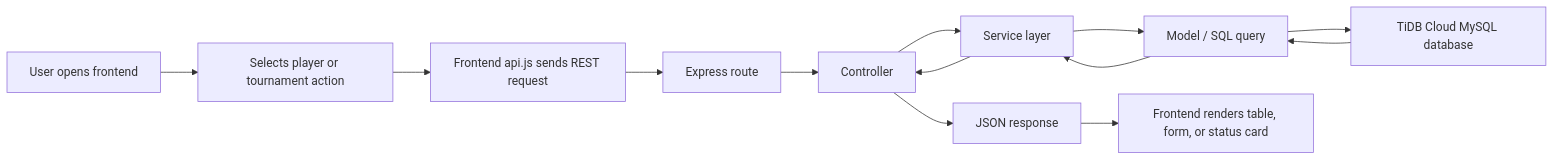
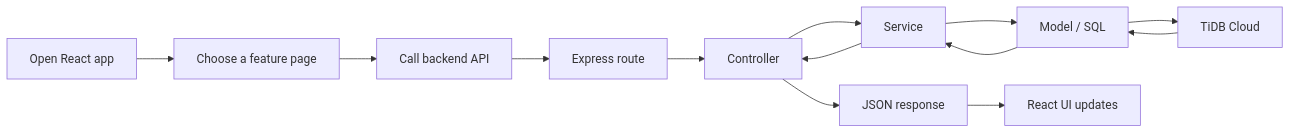
One commit to RithvikAavula/Tournament-System changed the first of 2 diagrams in Tournament-System/README.md. Above: the diagram before and after it, drawn with Mermaid. The commit also changed other lines of this file and 2359 other files, not shown here.

````diff
--- a/Tournament-System/README.md
+++ b/Tournament-System/README.md
@@ -50,15 +30,15 @@
 ```mermaid
 flowchart LR
-	A[User opens frontend] --> B[Selects player or tournament action]
-	B --> C[Frontend api.js sends REST request]
-	C --> D[Express route]
-	D --> E[Controller]
-	E --> F[Service layer]
-	F --> G[Model / SQL query]
-	G --> H[TiDB Cloud MySQL database]
-	H --> G
-	G --> F
-	F --> E
-	E --> I[JSON response]
-	I --> J[Frontend renders table, form, or status card]
+  A[Open React app] --> B[Choose a feature page]
+  B --> C[Call backend API]
+  C --> D[Express route]
+  D --> E[Controller]
+  E --> F[Service]
+  F --> G[Model / SQL]
+  G --> H[TiDB Cloud]
+  H --> G
+  G --> F
+  F --> E
+  E --> I[JSON response]
+  I --> J[React UI updates]
 ```
````
